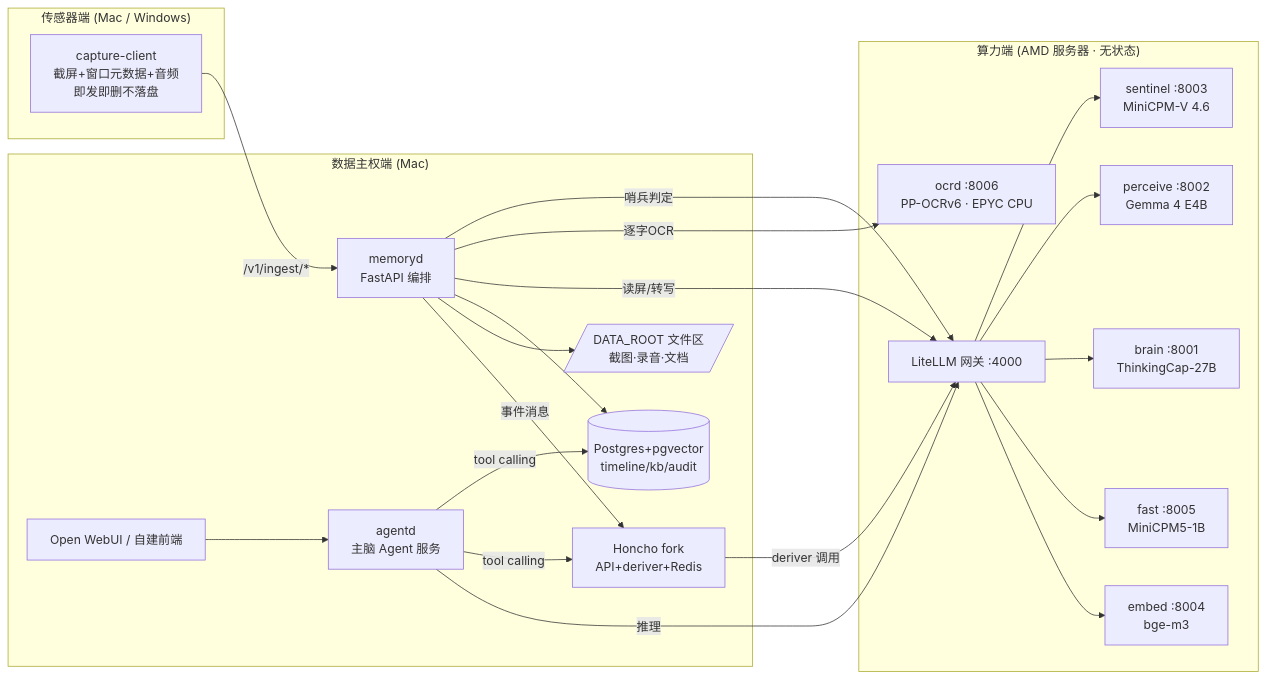
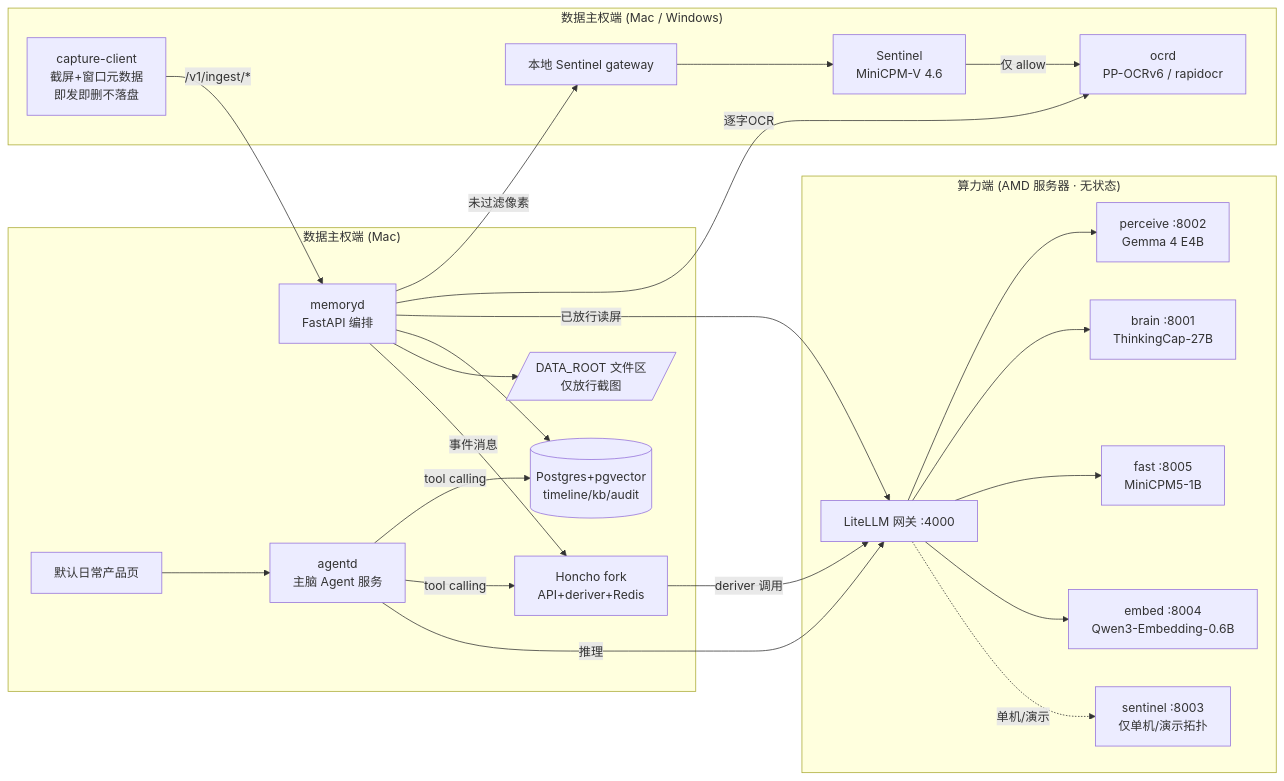
One commit to Aidenwu0209/localwork changed the diagram in docs/EXECUTION_HANDBOOK.md. Above: the diagram before and after it, drawn with Mermaid. The commit also changed other lines of this file and 30 other files, not shown here.

````diff
--- a/docs/EXECUTION_HANDBOOK.md
+++ b/docs/EXECUTION_HANDBOOK.md
@@ -59,35 +62,39 @@
 ```mermaid
 flowchart LR
-  subgraph MacWin["传感器端 (Mac / Windows)"]
-    CC[capture-client<br/>截屏+窗口元数据+音频<br/>即发即删不落盘]
+  subgraph MacWin["数据主权端 (Mac / Windows)"]
+    CC[capture-client<br/>截屏+窗口元数据<br/>即发即删不落盘]
+    SG[本地 Sentinel gateway]
+    S[Sentinel<br/>MiniCPM-V 4.6]
+    O[ocrd<br/>PP-OCRv6 / rapidocr]
   end
   subgraph Mac["数据主权端 (Mac)"]
     MD[memoryd<br/>FastAPI 编排]
     TL[(Postgres+pgvector<br/>timeline/kb/audit)]
     HO[Honcho fork<br/>API+deriver+Redis]
-    FS[/DATA_ROOT 文件区<br/>截图·录音·文档/]
+    FS[/DATA_ROOT 文件区<br/>仅放行截图/]
     AG[agentd<br/>主脑 Agent 服务]
-    UI[Open WebUI / 自建前端]
+    UI[默认日常产品页]
   end
   subgraph SRV["算力端 (AMD 服务器 · 无状态)"]
     GW[LiteLLM 网关 :4000]
     B[brain :8001<br/>ThinkingCap-27B]
     P[perceive :8002<br/>Gemma 4 E4B]
-    S[sentinel :8003<br/>MiniCPM-V 4.6]
     F[fast :8005<br/>MiniCPM5-1B]
-    E[embed :8004<br/>bge-m3]
-    O[ocrd :8006<br/>PP-OCRv6 · EPYC CPU]
+    E[embed :8004<br/>Qwen3-Embedding-0.6B]
+    SX[sentinel :8003<br/>仅单机/演示拓扑]
   end
   CC -->|/v1/ingest/*| MD
-  MD -->|哨兵判定| GW --> S
+  MD -->|未过滤像素| SG --> S
   MD -->|逐字OCR| O
-  MD -->|读屏/转写| GW --> P
+  S -->|仅 allow| O
+  MD -->|已放行读屏| GW --> P
   MD --> TL & FS
   MD -->|事件消息| HO
   HO -->|deriver 调用| GW
   AG -->|tool calling| TL & HO
   AG -->|推理| GW --> B
   GW --> F
   GW --> E
+  GW -. 单机/演示 .-> SX
   UI --> AG
 ```
````
